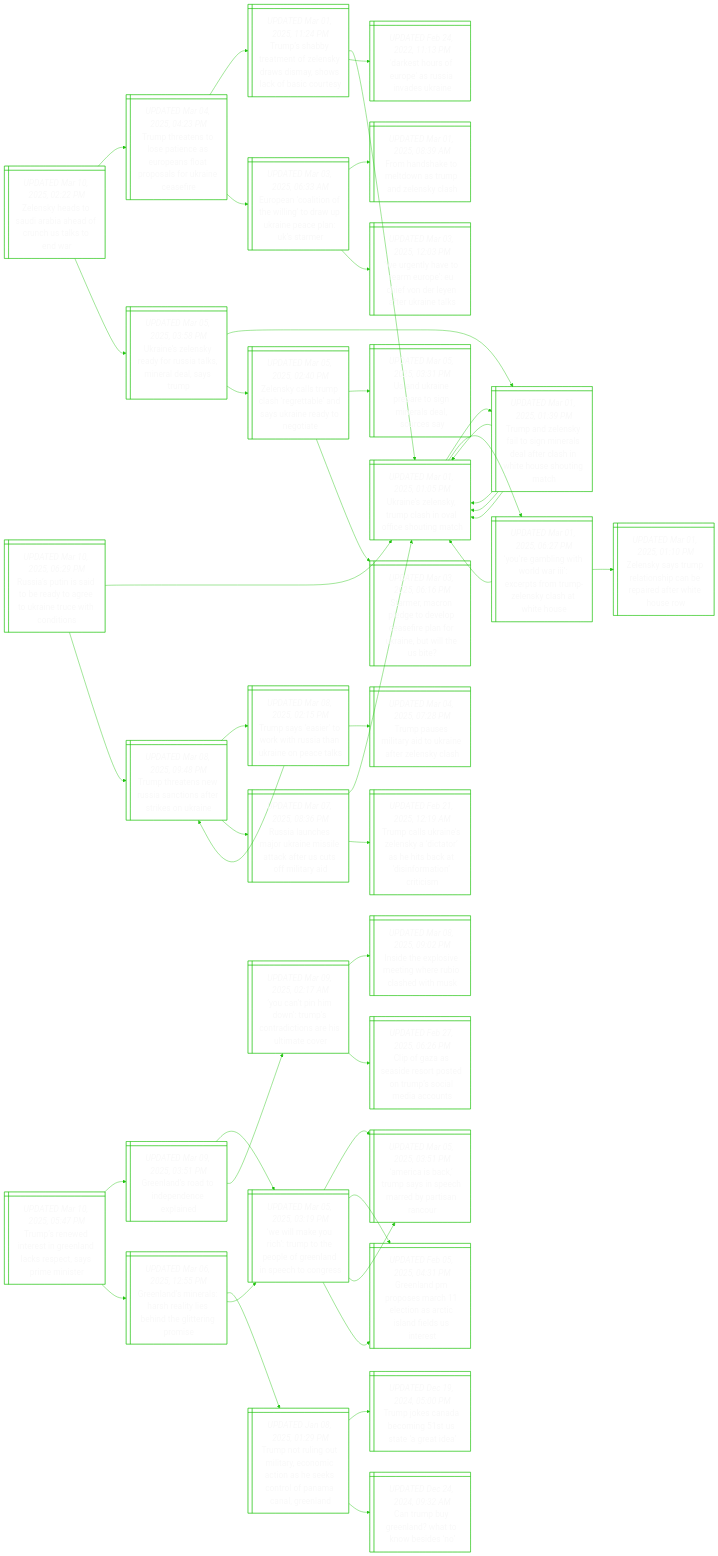
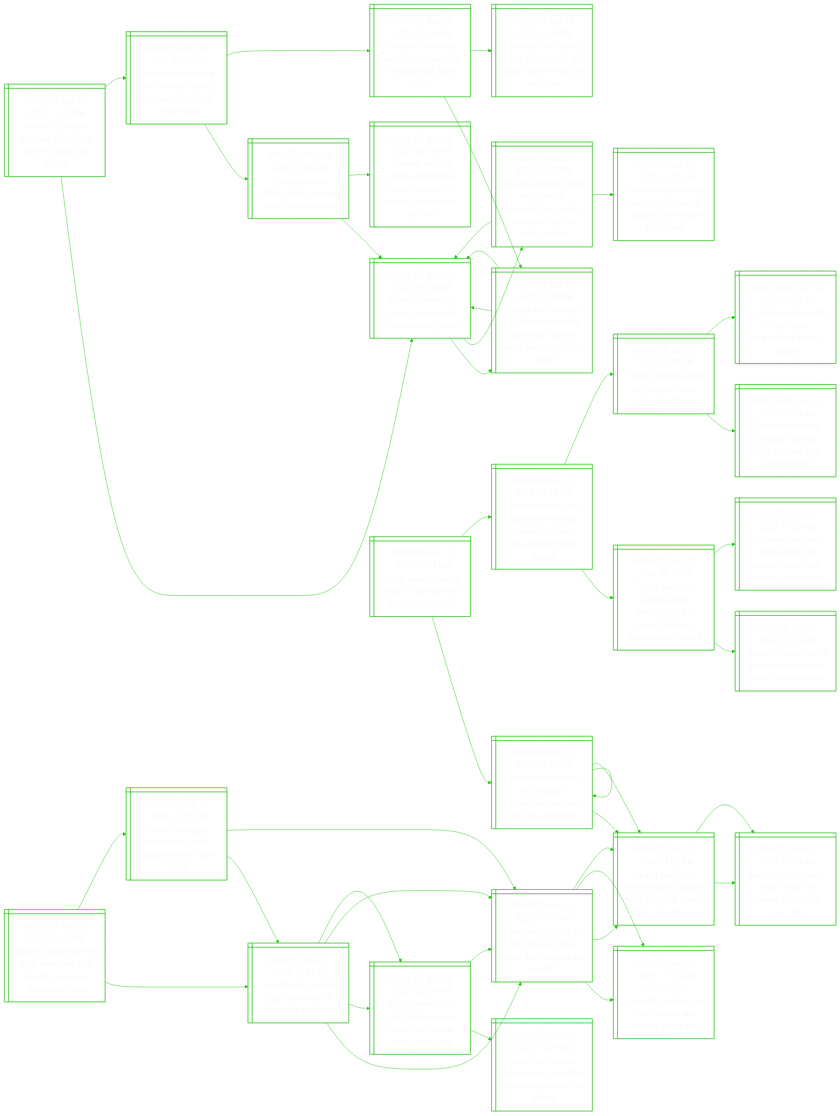
The diagram in README.md (notJmes/notJmes), drawn with Mermaid before and after one commit. The commit also changed other lines of this file, not shown here.

````diff
--- a/README.md
+++ b/README.md
@@ -16,54 +16,8 @@
 flowchart LR
 classDef txtsize font-size:20px;
 
-ZsaSAaduSsd@{ shape: win-pane, label: "_UPDATED Mar 10, 2025, 02:22 PM_
-Zelensky heads to saudi arabia ahead of crunch us talks to end war" }
-TttopnEelrariar@{ shape: win-pane, label: "_UPDATED Mar 04, 2025, 04:23 PM_
-Trump threatens to lose patience as europeans float proposals for ukraine ceasefire" }
-Tsbatlysawksuy@{ shape: win-pane, label: "_UPDATED Mar 01, 2025, 11:24 PM_
-Trump’s shabby treatment of zelensky draws dismay, shows lack of basic courtesy" }
-Unlyphaiogh@{ shape: win-pane, label: "_UPDATED Mar 01, 2025, 01:05 PM_
-Ukraine’s zelensky, trump clash in oval office shouting match" }
-DsruasvUn@{ shape: win-pane, label: "_UPDATED Feb 24, 2022, 11:13 PM_
-'darkest hours of europe' as russia invades ukraine" }
-Eeaohlouaelsm@{ shape: win-pane, label: "_UPDATED Mar 03, 2025, 06:33 AM_
-European ‘coalition of the willing’ to draw up ukraine peace plan: uk’s starmer" }
-FaamoTalyh@{ shape: win-pane, label: "_UPDATED Mar 01, 2025, 08:39 AM_
-From handshake to meltdown as trump and zelensky clash" }
-WehomphoLaUnk@{ shape: win-pane, label: "_UPDATED Mar 03, 2025, 12:03 PM_
-‘we urgently have to rearm europe’: eu chief von der leyen after ukraine talks" }
-UnlyyutmalT@{ shape: win-pane, label: "_UPDATED Mar 05, 2025, 03:58 PM_
-Ukraine’s zelensky ready for russia talks, mineral deal, says trump" }
-TalytnretaWHsit@{ shape: win-pane, label: "_UPDATED Mar 01, 2025, 01:39 PM_
-Trump and zelensky fail to sign minerals deal after clash in white house shouting match" }
-Unlyphaiogh@{ shape: win-pane, label: "_UPDATED Mar 01, 2025, 01:05 PM_
-Ukraine’s zelensky, trump clash in oval office shouting match" }
-Unlyphaiogh@{ shape: win-pane, label: "_UPDATED Mar 01, 2025, 01:05 PM_
-Ukraine’s zelensky, trump clash in oval office shouting match" }
-Zsluagansiani@{ shape: win-pane, label: "_UPDATED Mar 05, 2025, 02:40 PM_
-Zelensky calls trump clash ‘regrettable’ and says ukraine ready to negotiate" }
-UUnpomaara@{ shape: win-pane, label: "_UPDATED Mar 05, 2025, 03:31 PM_
-Us and ukraine prepare to sign minerals deal, sources say" }
-Sereolarnkeiet@{ shape: win-pane, label: "_UPDATED Mar 03, 2025, 06:16 PM_
-Starmer, macron pledge to develop ceasefire plan for ukraine, but will the us bite?" }
-
-ZsaSAaduSsd:::txtsize --> TttopnEelrariar:::txtsize
-TttopnEelrariar:::txtsize --> Tsbatlysawksuy:::txtsize
-Tsbatlysawksuy:::txtsize --> Unlyphaiogh:::txtsize
-Tsbatlysawksuy:::txtsize --> DsruasvUn:::txtsize
-TttopnEelrariar:::txtsize --> Eeaohlouaelsm:::txtsize
-Eeaohlouaelsm:::txtsize --> FaamoTalyh:::txtsize
-Eeaohlouaelsm:::txtsize --> WehomphoLaUnk:::txtsize
-ZsaSAaduSsd:::txtsize --> UnlyyutmalT:::txtsize
-UnlyyutmalT:::txtsize --> TalytnretaWHsit:::txtsize
-TalytnretaWHsit:::txtsize --> Unlyphaiogh:::txtsize
-TalytnretaWHsit:::txtsize --> Unlyphaiogh:::txtsize
-UnlyyutmalT:::txtsize --> Zsluagansiani:::txtsize
-Zsluagansiani:::txtsize --> UUnpomaara:::txtsize
-Zsluagansiani:::txtsize --> Sereolarnkeiet:::txtsize
-
-Raiabdgoiutdn@{ shape: win-pane, label: "_UPDATED Mar 10, 2025, 06:29 PM_
-Russia’s putin is said to be ready to agree to ukraine truce with conditions" }
+UnreecSsuyi@{ shape: win-pane, label: "_UPDATED Mar 10, 2025, 11:52 PM_
+Ukraine to propose sky, sea truce at us talks in saudi, says official" }
 Unlyphaiogh@{ shape: win-pane, label: "_UPDATED Mar 01, 2025, 01:05 PM_
 Ukraine’s zelensky, trump clash in oval office shouting match" }
 TalytnretaWHsit@{ shape: win-pane, label: "_UPDATED Mar 01, 2025, 01:39 PM_
@@ -78,80 +32,126 @@
 Ukraine’s zelensky, trump clash in oval office shouting match" }
 Zsymasaeeets@{ shape: win-pane, label: "_UPDATED Mar 01, 2025, 01:10 PM_
 Zelensky says trump relationship can be repaired after white house row" }
-Tttesnneini@{ shape: win-pane, label: "_UPDATED Mar 08, 2025, 09:48 PM_
-Trump threatens new russia sanctions after strikes on ukraine" }
-TsatkRaUnea@{ shape: win-pane, label: "_UPDATED Mar 08, 2025, 02:15 PM_
-Trump says ‘easier’ to work with russia than ukraine on peace talks" }
+UslnridrrRae@{ shape: win-pane, label: "_UPDATED Mar 06, 2025, 03:45 PM_
+Us cuts intelligence for ukraine, adding pressure for russia peace deal" }
 Tpstikernl@{ shape: win-pane, label: "_UPDATED Mar 04, 2025, 07:28 PM_
 Trump pauses military aid to ukraine after zelensky clash" }
-Tttesnneini@{ shape: win-pane, label: "_UPDATED Mar 08, 2025, 09:48 PM_
-Trump threatens new russia sanctions after strikes on ukraine" }
-RacakeitfSoly@{ shape: win-pane, label: "_UPDATED Mar 07, 2025, 08:36 PM_
-Russia launches major ukraine missile attack after us cuts off military aid" }
 Unlyphaiogh@{ shape: win-pane, label: "_UPDATED Mar 01, 2025, 01:05 PM_
 Ukraine’s zelensky, trump clash in oval office shouting match" }
-TcUnlytaicioiis@{ shape: win-pane, label: "_UPDATED Feb 21, 2025, 12:19 AM_
-Trump calls ukraine’s zelensky a ‘dictator’ as he hits back at ‘disinformation’ criticism" }
+Sereolarnkeiet@{ shape: win-pane, label: "_UPDATED Mar 03, 2025, 06:16 PM_
+Starmer, macron pledge to develop ceasefire plan for ukraine, but will the us bite?" }
+UnlyyutmalT@{ shape: win-pane, label: "_UPDATED Mar 05, 2025, 03:58 PM_
+Ukraine’s zelensky ready for russia talks, mineral deal, says trump" }
+TalytnretaWHsit@{ shape: win-pane, label: "_UPDATED Mar 01, 2025, 01:39 PM_
+Trump and zelensky fail to sign minerals deal after clash in white house shouting match" }
+Zsluagansiani@{ shape: win-pane, label: "_UPDATED Mar 05, 2025, 02:40 PM_
+Zelensky calls trump clash ‘regrettable’ and says ukraine ready to negotiate" }
 
-Raiabdgoiutdn:::txtsize --> Unlyphaiogh:::txtsize
+UnreecSsuyi:::txtsize --> Unlyphaiogh:::txtsize
 Unlyphaiogh:::txtsize --> TalytnretaWHsit:::txtsize
 TalytnretaWHsit:::txtsize --> Unlyphaiogh:::txtsize
 TalytnretaWHsit:::txtsize --> Unlyphaiogh:::txtsize
 Unlyphaiogh:::txtsize --> YgitlIcsTZsaWH:::txtsize
 YgitlIcsTZsaWH:::txtsize --> Unlyphaiogh:::txtsize
 YgitlIcsTZsaWH:::txtsize --> Zsymasaeeets:::txtsize
-Raiabdgoiutdn:::txtsize --> Tttesnneini:::txtsize
-Tttesnneini:::txtsize --> TsatkRaUnea:::txtsize
-TsatkRaUnea:::txtsize --> Tpstikernl:::txtsize
-TsatkRaUnea:::txtsize --> Tttesnneini:::txtsize
-Tttesnneini:::txtsize --> RacakeitfSoly:::txtsize
-RacakeitfSoly:::txtsize --> Unlyphaiogh:::txtsize
-RacakeitfSoly:::txtsize --> TcUnlytaicioiis:::txtsize
+UnreecSsuyi:::txtsize --> UslnridrrRae:::txtsize
+UslnridrrRae:::txtsize --> Tpstikernl:::txtsize
+Tpstikernl:::txtsize --> Unlyphaiogh:::txtsize
+Tpstikernl:::txtsize --> Sereolarnkeiet:::txtsize
+UslnridrrRae:::txtsize --> UnlyyutmalT:::txtsize
+UnlyyutmalT:::txtsize --> TalytnretaWHsit:::txtsize
+UnlyyutmalT:::txtsize --> Zsluagansiani:::txtsize
 
-Tswttenkpainr@{ shape: win-pane, label: "_UPDATED Mar 10, 2025, 05:47 PM_
-Trump’s renewed interest in greenland lacks respect, says prime minister" }
-Glropnpe@{ shape: win-pane, label: "_UPDATED Mar 09, 2025, 03:51 PM_
-Greenland’s road to independence explained" }
-WlycmhpGlncos@{ shape: win-pane, label: "_UPDATED Mar 05, 2025, 03:19 PM_
-‘we will make you rich’: trump to the people of greenland in speech to congress" }
-Acauypmdrno@{ shape: win-pane, label: "_UPDATED Mar 05, 2025, 03:51 PM_
-‘america is back,’ trump says in speech marred by partisan rancour" }
-GlMoaloriddns@{ shape: win-pane, label: "_UPDATED Feb 05, 2025, 04:31 PM_
-Greenland pm proposes march 11 election as arctic island fields us interest" }
-Ynhwmninhter@{ shape: win-pane, label: "_UPDATED Mar 09, 2025, 02:17 AM_
-‘you can’t pin him down’: trump’s contradictions are his ultimate cover" }
-IexiewRceh@{ shape: win-pane, label: "_UPDATED Mar 08, 2025, 09:02 PM_
-Inside the explosive meeting where rubio clashed with musk" }
-Cfasepduoman@{ shape: win-pane, label: "_UPDATED Feb 27, 2025, 06:26 PM_
-Clip of gaza as seaside resort posted on trump’s social media accounts" }
-Glmaraletiio@{ shape: win-pane, label: "_UPDATED Mar 06, 2025, 12:55 PM_
-Greenland’s minerals: harsh reality lies behind the glittering promise" }
-Tnluiemtsenoanen@{ shape: win-pane, label: "_UPDATED Jan 08, 2025, 01:29 PM_
-Trump not ruling out military, economic action as he seeks control of panama canal, greenland" }
-TjCamtard@{ shape: win-pane, label: "_UPDATED Dec 19, 2024, 05:00 PM_
-Trump jokes canada becoming 51st us state ‘a great idea’" }
-CuynWobe@{ shape: win-pane, label: "_UPDATED Dec 24, 2024, 09:32 AM_
-Can trump buy greenland? what to know besides ‘no’" }
-WlycmhpGlncos@{ shape: win-pane, label: "_UPDATED Mar 05, 2025, 03:19 PM_
-‘we will make you rich’: trump to the people of greenland in speech to congress" }
-Acauypmdrno@{ shape: win-pane, label: "_UPDATED Mar 05, 2025, 03:51 PM_
-‘america is back,’ trump says in speech marred by partisan rancour" }
-GlMoaloriddns@{ shape: win-pane, label: "_UPDATED Feb 05, 2025, 04:31 PM_
-Greenland pm proposes march 11 election as arctic island fields us interest" }
+TIlieoaeaal@{ shape: win-pane, label: "_UPDATED Mar 10, 2025, 09:21 PM_
+Trump-israel tensions begin to surface over gaza hostage talks" }
+TwHaoneekGoe@{ shape: win-pane, label: "_UPDATED Mar 06, 2025, 07:21 PM_
+Trump warns hamas as us holds unprecedented talks for gaza hostages" }
+TwHaoneekGoe@{ shape: win-pane, label: "_UPDATED Mar 06, 2025, 07:21 PM_
+Trump warns hamas as us holds unprecedented talks for gaza hostages" }
+TwHaoneekGoe@{ shape: win-pane, label: "_UPDATED Mar 06, 2025, 07:21 PM_
+Trump warns hamas as us holds unprecedented talks for gaza hostages" }
+Sbsrcdnacaale@{ shape: win-pane, label: "_UPDATED Nov 13, 2024, 11:02 AM_
+‘sea of bodies’ in israel, scores dead in gaza as shock hamas attack unleashes war" }
+Sbsrcdnacaale@{ shape: win-pane, label: "_UPDATED Nov 13, 2024, 11:02 AM_
+‘sea of bodies’ in israel, scores dead in gaza as shock hamas attack unleashes war" }
+NyeeawHakl@{ shape: win-pane, label: "_UPDATED Nov 13, 2024, 10:58 AM_
+Netanyahu declares israel at war as hamas attacks kill over 100" }
+NyeeawHakl@{ shape: win-pane, label: "_UPDATED Nov 13, 2024, 10:58 AM_
+Netanyahu declares israel at war as hamas attacks kill over 100" }
+TocalEoaipvngs@{ shape: win-pane, label: "_UPDATED Nov 07, 2024, 08:14 PM_
+Trump on track for a triple win: electoral landslide, popular vote and congress sweep" }
+TsbchioUdetne@{ shape: win-pane, label: "_UPDATED Nov 07, 2024, 08:12 PM_
+Trump set to be elected 47th president of the united states in stunning comeback" }
+Hrtoessmemt@{ shape: win-pane, label: "_UPDATED Nov 07, 2024, 01:18 AM_
+‘historic return’: world leaders praise trump as he claims victory" }
+PgfctteetiuT@{ shape: win-pane, label: "_UPDATED Nov 06, 2024, 10:45 PM_
+Pm wong reaffirms commitment to strengthening ties with us under trump" }
+Tbesrebede@{ shape: win-pane, label: "_UPDATED Jan 15, 2021, 03:49 PM_
+Trump becomes first us president to be impeached twice" }
+Tdnocoerodan@{ shape: win-pane, label: "_PUBLISHED Jan 14, 2021, 08:00 AM_
+Trump denounces political violence after historic 2nd impeachment" }
+UcdlseaTa@{ shape: win-pane, label: "_PUBLISHED Jan 14, 2021, 06:37 AM_
+Us stocks end mostly up as house impeaches trump again" }
 
-Tswttenkpainr:::txtsize --> Glropnpe:::txtsize
-Glropnpe:::txtsize --> WlycmhpGlncos:::txtsize
-WlycmhpGlncos:::txtsize --> Acauypmdrno:::txtsize
-WlycmhpGlncos:::txtsize --> GlMoaloriddns:::txtsize
-Glropnpe:::txtsize --> Ynhwmninhter:::txtsize
-Ynhwmninhter:::txtsize --> IexiewRceh:::txtsize
-Ynhwmninhter:::txtsize --> Cfasepduoman:::txtsize
-Tswttenkpainr:::txtsize --> Glmaraletiio:::txtsize
-Glmaraletiio:::txtsize --> Tnluiemtsenoanen:::txtsize
-Tnluiemtsenoanen:::txtsize --> TjCamtard:::txtsize
-Tnluiemtsenoanen:::txtsize --> CuynWobe:::txtsize
-Glmaraletiio:::txtsize --> WlycmhpGlncos:::txtsize
-WlycmhpGlncos:::txtsize --> Acauypmdrno:::txtsize
-WlycmhpGlncos:::txtsize --> GlMoaloriddns:::txtsize
+TIlieoaeaal:::txtsize --> TwHaoneekGoe:::txtsize
+TwHaoneekGoe:::txtsize --> TwHaoneekGoe:::txtsize
+TwHaoneekGoe:::txtsize --> TwHaoneekGoe:::txtsize
+TwHaoneekGoe:::txtsize --> Sbsrcdnacaale:::txtsize
+TwHaoneekGoe:::txtsize --> Sbsrcdnacaale:::txtsize
+Sbsrcdnacaale:::txtsize --> NyeeawHakl:::txtsize
+Sbsrcdnacaale:::txtsize --> NyeeawHakl:::txtsize
+TIlieoaeaal:::txtsize --> TocalEoaipvngs:::txtsize
+TocalEoaipvngs:::txtsize --> TsbchioUdetne:::txtsize
+TsbchioUdetne:::txtsize --> Hrtoessmemt:::txtsize
+TsbchioUdetne:::txtsize --> PgfctteetiuT:::txtsize
+TocalEoaipvngs:::txtsize --> Tbesrebede:::txtsize
+Tbesrebede:::txtsize --> Tdnocoerodan:::txtsize
+Tbesrebede:::txtsize --> UcdlseaTa:::txtsize
+
+Ilpoodeitsano@{ shape: win-pane, label: "_UPDATED Mar 10, 2025, 10:26 PM_
+Israel’s suspension of food, medicine, fuel imports worsens gaza conditions" }
+Ilkiacftfas@{ shape: win-pane, label: "_UPDATED Mar 03, 2025, 10:41 AM_
+Israel blocks aid into gaza as ceasefire stand-off escalates" }
+UtysraGruxoc@{ shape: win-pane, label: "_UPDATED Mar 01, 2025, 10:11 PM_
+Uncertainty looms as first phase of gaza truce due to expire on march 1" }
+Uscfotmpanon@{ shape: win-pane, label: "_UPDATED Jan 17, 2025, 11:12 AM_
+Us says gaza ceasefire to start on time despite last minute ‘loose end’" }
+Sbsrcdnacaale@{ shape: win-pane, label: "_UPDATED Nov 13, 2024, 11:02 AM_
+‘sea of bodies’ in israel, scores dead in gaza as shock hamas attack unleashes war" }
+IleSfmrsezoe@{ shape: win-pane, label: "_UPDATED Mar 02, 2025, 03:29 PM_
+Israel agrees on us plan for temporary ceasefire in gaza, pm’s office says" }
+Ilaiecfiratp@{ shape: win-pane, label: "_UPDATED Mar 01, 2025, 01:29 AM_
+Israel and hamas diverge over ceasefire with first phase set to expire" }
+UtysraGruxoc@{ shape: win-pane, label: "_UPDATED Mar 01, 2025, 10:11 PM_
+Uncertainty looms as first phase of gaza truce due to expire on march 1" }
+Ilserylaeck@{ shape: win-pane, label: "_UPDATED Mar 10, 2025, 09:27 PM_
+Israel halts gaza electricity supply ahead of new truce talks" }
+Ilkiacftfas@{ shape: win-pane, label: "_UPDATED Mar 03, 2025, 10:41 AM_
+Israel blocks aid into gaza as ceasefire stand-off escalates" }
+UtysraGruxoc@{ shape: win-pane, label: "_UPDATED Mar 01, 2025, 10:11 PM_
+Uncertainty looms as first phase of gaza truce due to expire on march 1" }
+IleSfmrsezoe@{ shape: win-pane, label: "_UPDATED Mar 02, 2025, 03:29 PM_
+Israel agrees on us plan for temporary ceasefire in gaza, pm’s office says" }
+UtysraGruxoc@{ shape: win-pane, label: "_UPDATED Mar 01, 2025, 10:11 PM_
+Uncertainty looms as first phase of gaza truce due to expire on march 1" }
+Uscfotmpanon@{ shape: win-pane, label: "_UPDATED Jan 17, 2025, 11:12 AM_
+Us says gaza ceasefire to start on time despite last minute ‘loose end’" }
+Sbsrcdnacaale@{ shape: win-pane, label: "_UPDATED Nov 13, 2024, 11:02 AM_
+‘sea of bodies’ in israel, scores dead in gaza as shock hamas attack unleashes war" }
+
+Ilpoodeitsano:::txtsize --> Ilkiacftfas:::txtsize
+Ilkiacftfas:::txtsize --> UtysraGruxoc:::txtsize
+UtysraGruxoc:::txtsize --> Uscfotmpanon:::txtsize
+UtysraGruxoc:::txtsize --> Sbsrcdnacaale:::txtsize
+Ilkiacftfas:::txtsize --> IleSfmrsezoe:::txtsize
+IleSfmrsezoe:::txtsize --> Ilaiecfiratp:::txtsize
+IleSfmrsezoe:::txtsize --> UtysraGruxoc:::txtsize
+Ilpoodeitsano:::txtsize --> Ilserylaeck:::txtsize
+Ilserylaeck:::txtsize --> Ilkiacftfas:::txtsize
+Ilkiacftfas:::txtsize --> UtysraGruxoc:::txtsize
+Ilkiacftfas:::txtsize --> IleSfmrsezoe:::txtsize
+Ilserylaeck:::txtsize --> UtysraGruxoc:::txtsize
+UtysraGruxoc:::txtsize --> Uscfotmpanon:::txtsize
+UtysraGruxoc:::txtsize --> Sbsrcdnacaale:::txtsize
 
 ```
````
